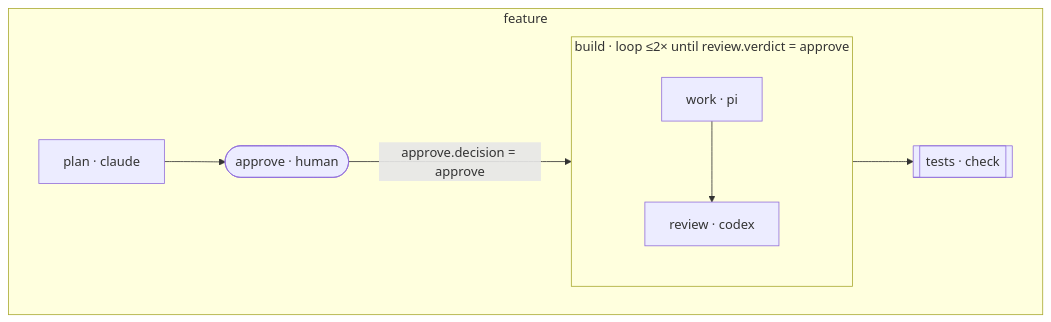
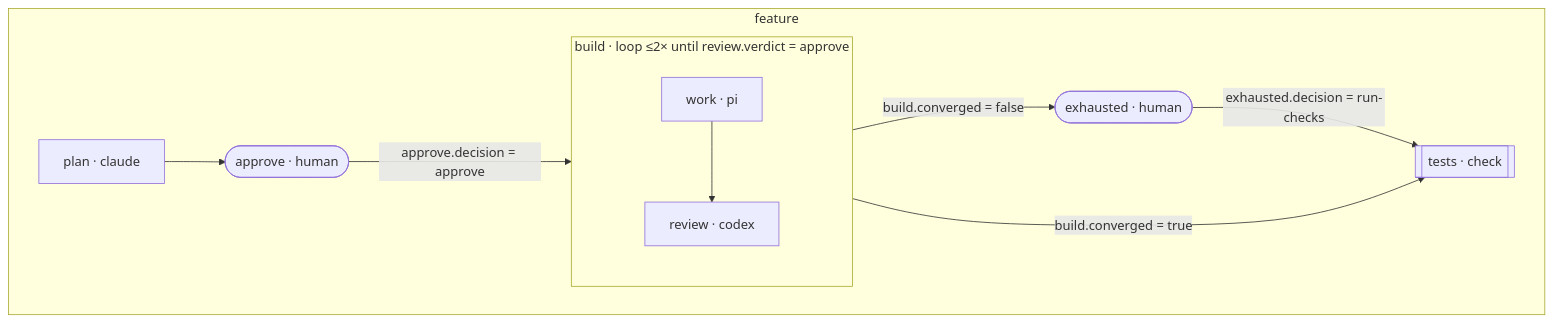
One commit to lucascaro/hive changed the third of 3 diagrams in docs/design-docs/workflow-engine.md. Above: the diagram before and after it, drawn with Mermaid. The commit also changed other lines of this file and 5 other files, not shown here.

````diff
--- a/docs/design-docs/workflow-engine.md
+++ b/docs/design-docs/workflow-engine.md
@@ -401,16 +415,19 @@
 ```mermaid
 flowchart TD
   subgraph feature["feature"]
     feature__plan["plan · claude"]
     feature__approve(["approve · human"])
     subgraph feature__build["build · loop ≤2× until review.verdict = approve"]
       feature__build__work["work · pi"]
       feature__build__review["review · codex"]
       feature__build__work --> feature__build__review
     end
+    feature__exhausted(["exhausted · human"])
     feature__tests[["tests · check"]]
     feature__plan --> feature__approve
     feature__approve -->|"approve.decision = approve"| feature__build
-    feature__build --> feature__tests
+    feature__build -->|"build.converged = true"| feature__tests
+    feature__build -->|"build.converged = false"| feature__exhausted
+    feature__exhausted -->|"exhausted.decision = run-checks"| feature__tests
   end
 ```
````
